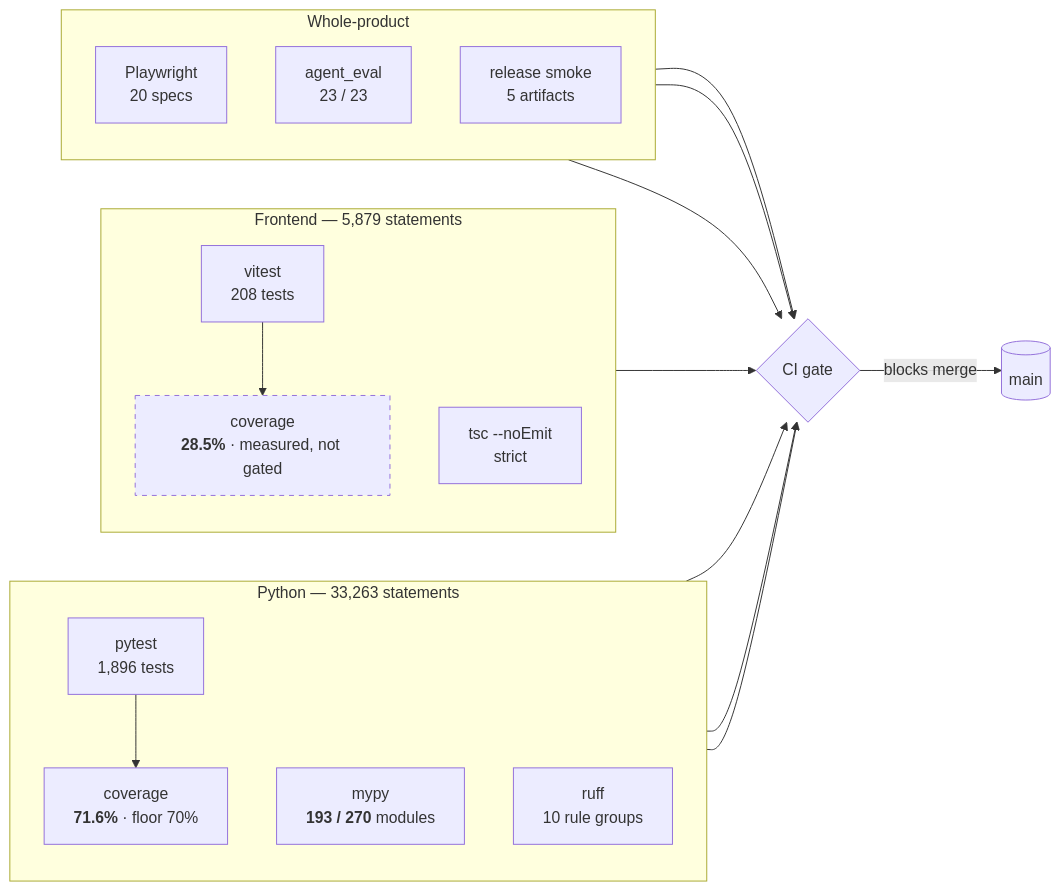
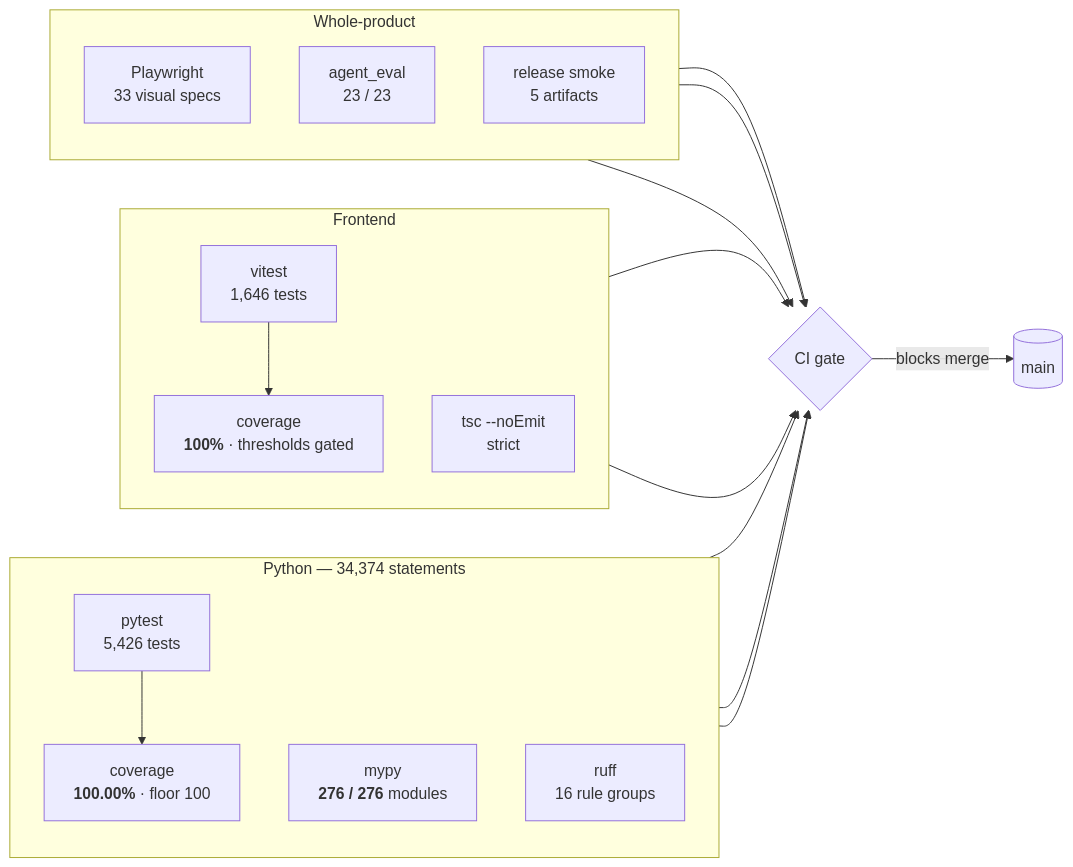
One commit to TaeSooPark-PTS/LatticeAI changed the fourth of 4 diagrams in ARCHITECTURE.md. Above: the diagram before and after it, drawn with Mermaid. The commit also changed other lines of this file and 287 other files, not shown here.

````diff
--- a/ARCHITECTURE.md
+++ b/ARCHITECTURE.md
@@ -388,39 +388,38 @@
 ```mermaid
 flowchart LR
-  subgraph py["Python — 33,263 statements"]
+  subgraph py["Python — 34,374 statements"]
     direction TB
-    pyt["pytest<br/>1,896 tests"]
-    pycov["coverage<br/><b>71.6%</b> · floor 70%"]
-    pymypy["mypy<br/><b>193 / 270</b> modules"]
-    pyruff["ruff<br/>10 rule groups"]
+    pyt["pytest<br/>5,426 tests"]
+    pycov["coverage<br/><b>100.00%</b> · floor 100"]
+    pymypy["mypy<br/><b>276 / 276</b> modules"]
+    pyruff["ruff<br/>16 rule groups"]
     pyt --> pycov
   end
 
-  subgraph fe["Frontend — 5,879 statements"]
+  subgraph fe["Frontend"]
     direction TB
-    fet["vitest<br/>208 tests"]
-    fecov["coverage<br/><b>28.5%</b> · measured, not gated"]
+    fet["vitest<br/>1,646 tests"]
+    fecov["coverage<br/><b>100%</b> · thresholds gated"]
     fets["tsc --noEmit<br/>strict"]
     fet --> fecov
   end
 
   subgraph e2e["Whole-product"]
     direction TB
-    play["Playwright<br/>20 specs"]
+    play["Playwright<br/>33 visual specs"]
     eval["agent_eval<br/>23 / 23"]
     smoke["release smoke<br/>5 artifacts"]
   end
 
   gate{"CI gate"}
   pycov --> gate
   pymypy --> gate
   pyruff --> gate
   fets --> gate
+  fecov --> gate
   play --> gate
   eval --> gate
   smoke --> gate
 
   gate -- "blocks merge" --> main[("main")]
-
-  style fecov stroke-dasharray: 5 5
 ```
````
